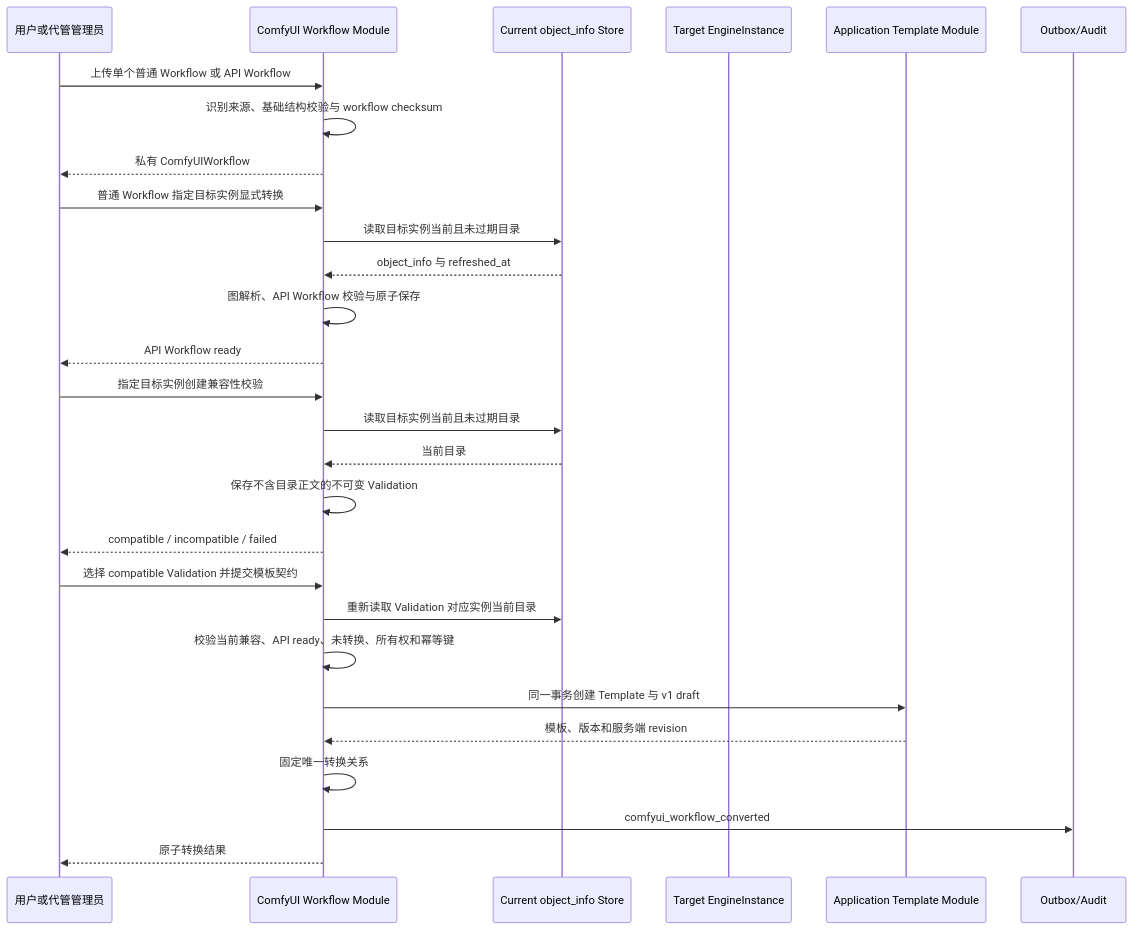
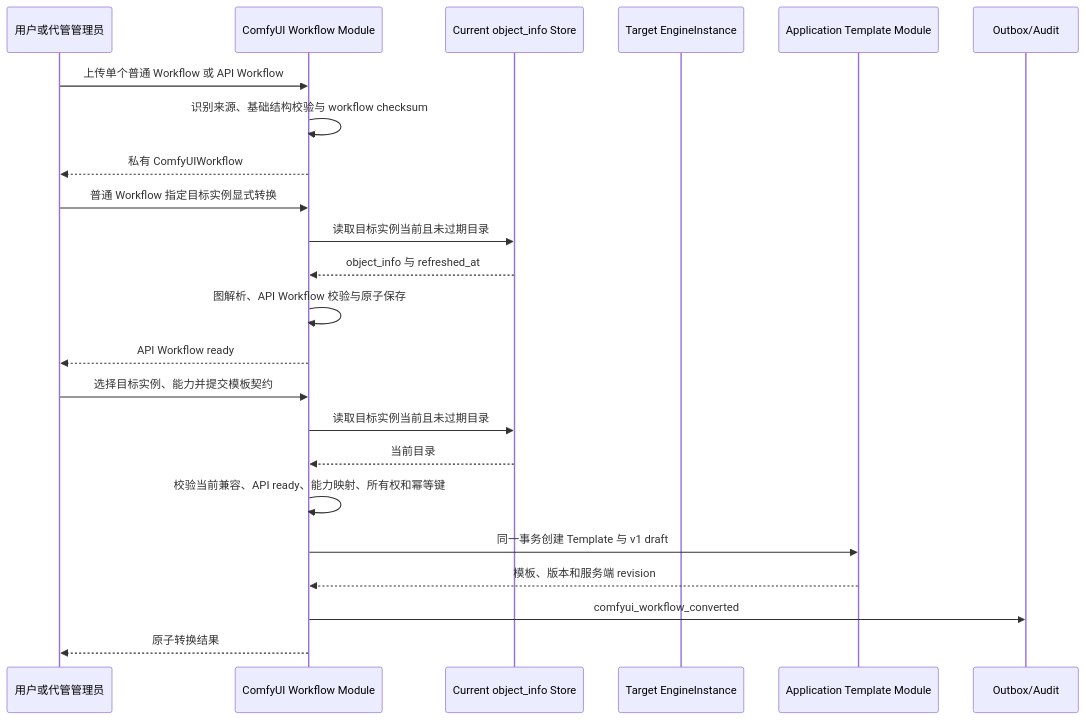
The fourth of 5 diagrams in 02_architecture/domains/application-platform.md (wangweihong/omnimam-spec), drawn with Mermaid before and after one commit. The commit also changed other lines of this file and 8 other files, not shown here.

````diff
--- a/02_architecture/domains/application-platform.md
+++ b/02_architecture/domains/application-platform.md
@@ -172,34 +172,28 @@
 ```mermaid
 sequenceDiagram
     participant User as 用户或代管管理员
     participant Workflow as ComfyUI Workflow Module
     participant Catalog as Current object_info Store
     participant Target as Target EngineInstance
     participant Template as Application Template Module
     participant Outbox as Outbox/Audit
 
     User->>Workflow: 上传单个普通 Workflow 或 API Workflow
     Workflow->>Workflow: 识别来源、基础结构校验与 workflow checksum
     Workflow-->>User: 私有 ComfyUIWorkflow
 
     User->>Workflow: 普通 Workflow 指定目标实例显式转换
     Workflow->>Catalog: 读取目标实例当前且未过期目录
     Catalog-->>Workflow: object_info 与 refreshed_at
     Workflow->>Workflow: 图解析、API Workflow 校验与原子保存
     Workflow-->>User: API Workflow ready
 
-    User->>Workflow: 指定目标实例创建兼容性校验
+    User->>Workflow: 选择目标实例、能力并提交模板契约
     Workflow->>Catalog: 读取目标实例当前且未过期目录
     Catalog-->>Workflow: 当前目录
-    Workflow->>Workflow: 保存不含目录正文的不可变 Validation
-    Workflow-->>User: compatible / incompatible / failed
-
-    User->>Workflow: 选择 compatible Validation 并提交模板契约
-    Workflow->>Catalog: 重新读取 Validation 对应实例当前目录
-    Workflow->>Workflow: 校验当前兼容、API ready、未转换、所有权和幂等键
+    Workflow->>Workflow: 校验当前兼容、API ready、能力映射、所有权和幂等键
     Workflow->>Template: 同一事务创建 Template 与 v1 draft
     Template-->>Workflow: 模板、版本和服务端 revision
-    Workflow->>Workflow: 固定唯一转换关系
     Workflow->>Outbox: comfyui_workflow_converted
     Workflow-->>User: 原子转换结果
 ```
````
